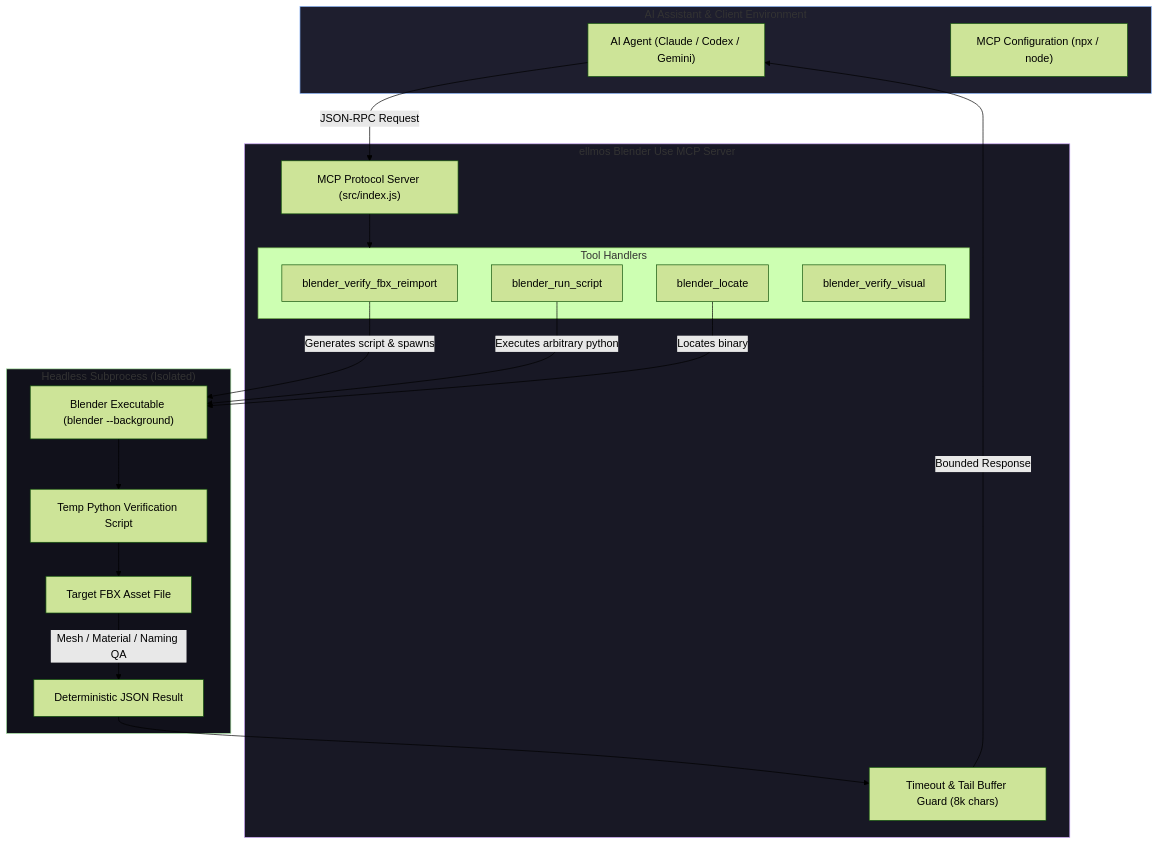
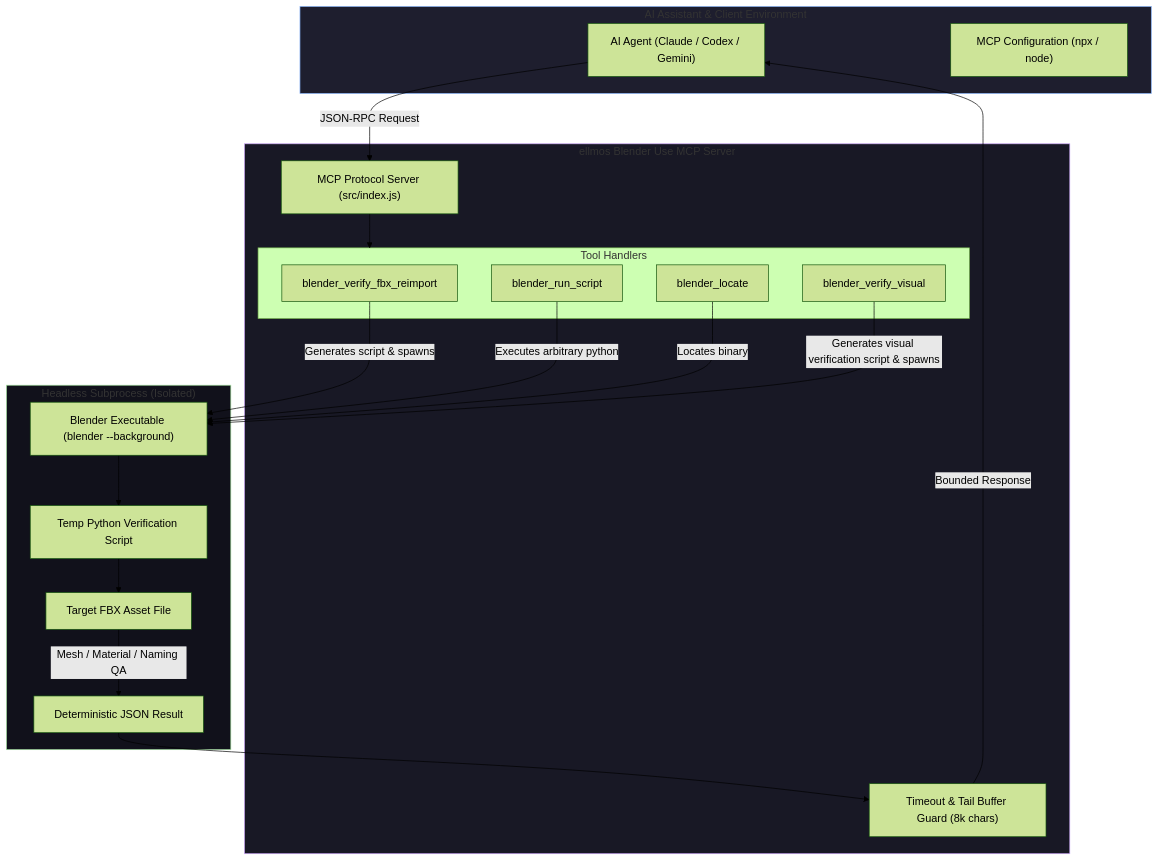
The first of 2 diagrams in README.md (ellmos-ai/ellmos-blender-use-mcp), drawn with Mermaid (forest theme) before and after one commit. The commit also changed other lines of this file and 8 other files, not shown here.

````diff
--- a/README.md
+++ b/README.md
@@ -43,40 +43,41 @@
 ```mermaid
 graph TD
     subgraph Client ["AI Assistant & Client Environment"]
         AI["AI Agent (Claude / Codex / Gemini)"]
         Config["MCP Configuration (npx / node)"]
     end
 
     subgraph Server ["ellmos Blender Use MCP Server"]
         MCP["MCP Protocol Server (src/index.js)"]
         subgraph Tools ["Tool Handlers"]
             T1["blender_verify_fbx_reimport"]
             T2["blender_run_script"]
             T3["blender_locate"]
             T4["blender_verify_visual"]
         end
         Safety["Timeout & Tail Buffer Guard (8k chars)"]
     end
 
     subgraph Subprocess ["Headless Subprocess (Isolated)"]
         Exe["Blender Executable (blender --background)"]
         Python["Temp Python Verification Script"]
         FBX["Target FBX Asset File"]
         JSONOut["Deterministic JSON Result"]
     end
 
     AI -->|JSON-RPC Request| MCP
     MCP --> Tools
     T1 -->|Generates script & spawns| Exe
     T2 -->|Executes arbitrary python| Exe
     T3 -->|Locates binary| Exe
+    T4 -->|Generates visual verification script & spawns| Exe
     Exe --> Python
     Python --> FBX
     FBX -->|Mesh / Material / Naming QA| JSONOut
     JSONOut --> Safety
     Safety -->|Bounded Response| AI
 
     style Client fill:#1e1e2e,stroke:#89b4fa,stroke-width:1px
     style Server fill:#181825,stroke:#cba6f7,stroke-width:1px
     style Subprocess fill:#11111b,stroke:#a6e3a1,stroke-width:1px
 ```
````
